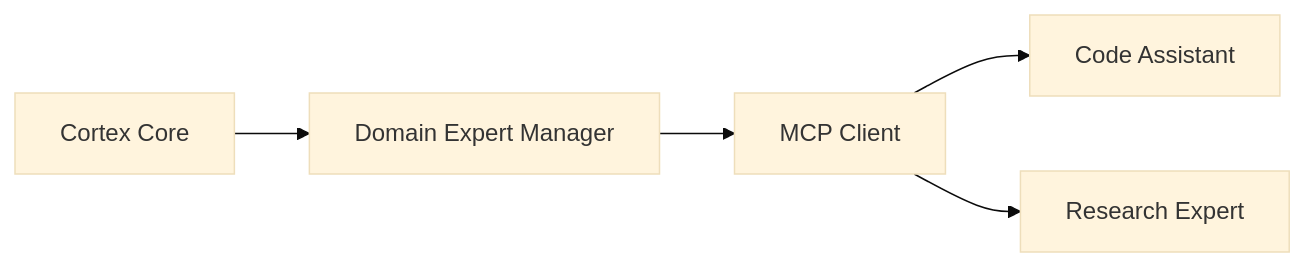
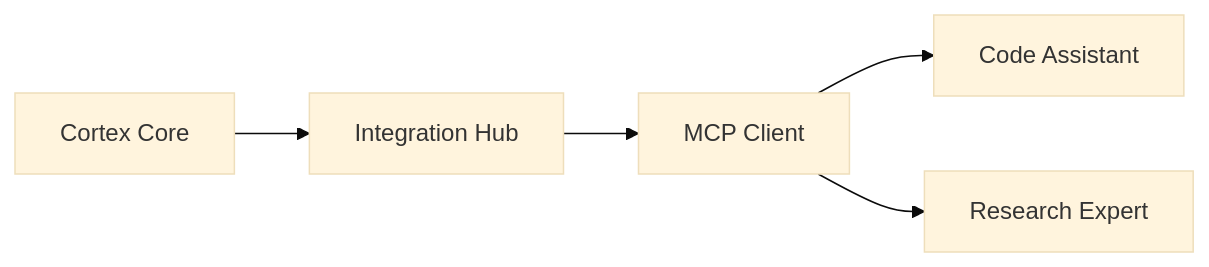
One commit to bkrabach/semanticworkbench changed the diagram in cortex/cortex-core/docs/MCP_INTEGRATION_USAGE.md. Above: the diagram before and after it, drawn with Mermaid (base theme). The commit also changed other lines of this file and 6 other files, not shown here.

Commit message:
mcp integration improvements

````diff
--- a/cortex/cortex-core/docs/MCP_INTEGRATION_USAGE.md
+++ b/cortex/cortex-core/docs/MCP_INTEGRATION_USAGE.md
@@ -9,13 +9,13 @@
 ```mermaid
 graph LR
     CortexCore[Cortex Core]
-    DEM[Domain Expert Manager]
+    IH[Integration Hub]
     MCP[MCP Client]
     DE1[Code Assistant]
     DE2[Research Expert]
     
-    CortexCore --> DEM
-    DEM --> MCP
+    CortexCore --> IH
+    IH --> MCP
     MCP --> DE1
     MCP --> DE2
 ```
````
